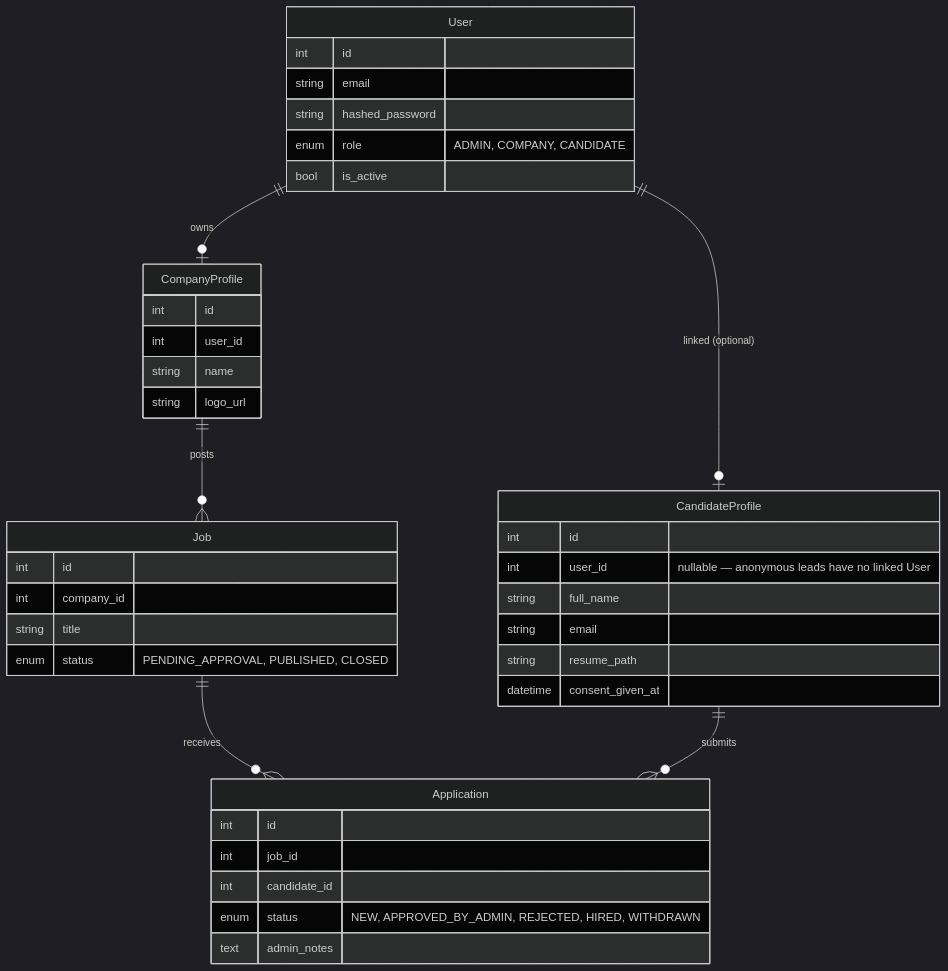
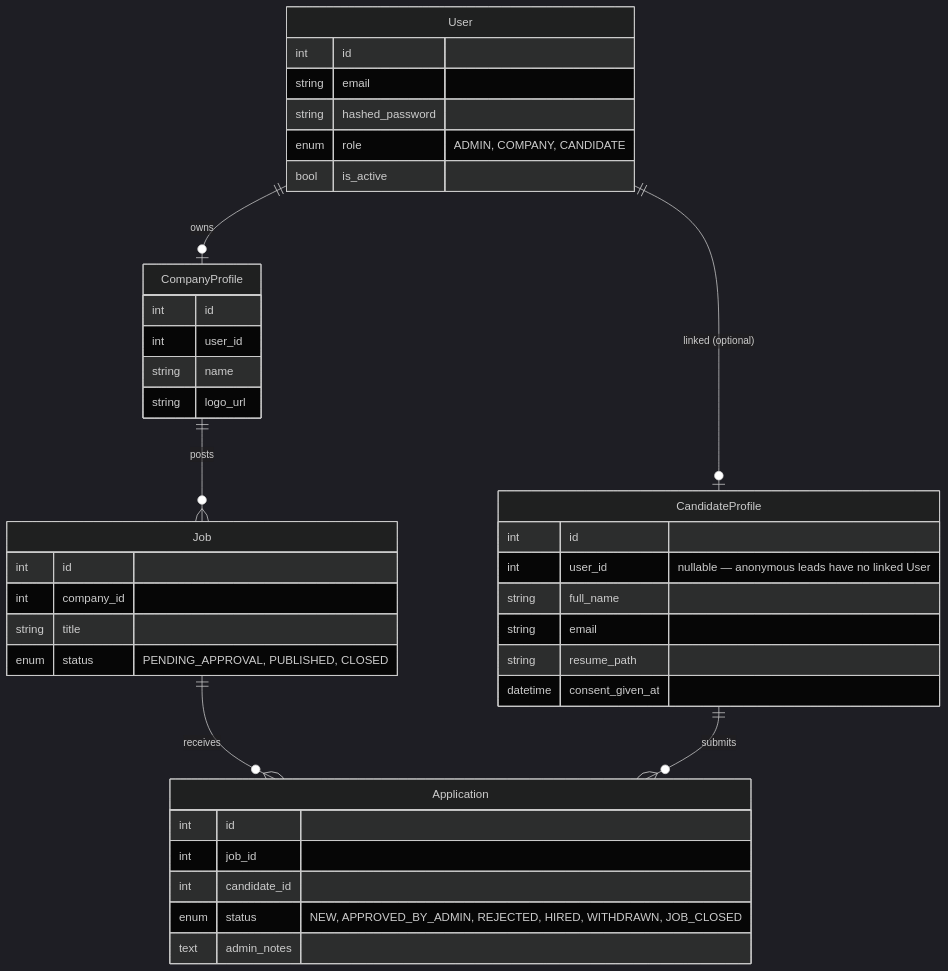
Before and after one commit to lahavrud/rs-recruiting-course-app: the diagram in README.md, drawn with Mermaid (dark theme). The commit also changed other lines of this file and 20 other files, not shown here.

First line of the commit message:
docs: replace ECS/legacy architecture with the EKS/GitOps stack

````diff
--- a/README.md
+++ b/README.md
@@ -75,43 +76,43 @@
 ```mermaid
 erDiagram
     User ||--o| CompanyProfile : owns
     User ||--o| CandidateProfile : "linked (optional)"
     CompanyProfile ||--o{ Job : posts
     Job ||--o{ Application : receives
     CandidateProfile ||--o{ Application : submits
 
     User {
         int id
         string email
         string hashed_password
         enum role "ADMIN, COMPANY, CANDIDATE"
         bool is_active
     }
     CompanyProfile {
         int id
         int user_id
         string name
         string logo_url
     }
     Job {
         int id
         int company_id
         string title
         enum status "PENDING_APPROVAL, PUBLISHED, CLOSED"
     }
     CandidateProfile {
         int id
         int user_id "nullable — anonymous leads have no linked User"
         string full_name
         string email
         string resume_path
         datetime consent_given_at
     }
     Application {
         int id
         int job_id
         int candidate_id
-        enum status "NEW, APPROVED_BY_ADMIN, REJECTED, HIRED, WITHDRAWN"
+        enum status "NEW, APPROVED_BY_ADMIN, REJECTED, HIRED, WITHDRAWN, JOB_CLOSED"
         text admin_notes
     }
 ```
````
